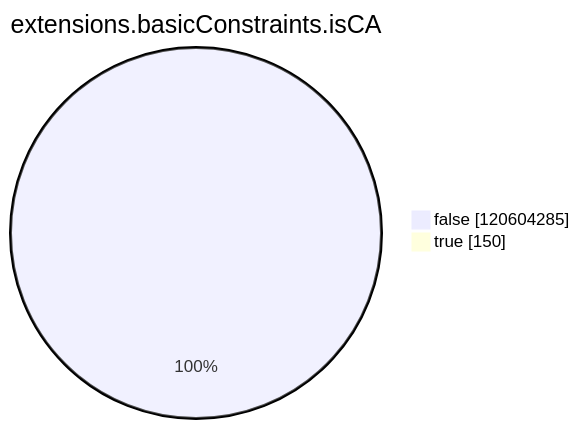
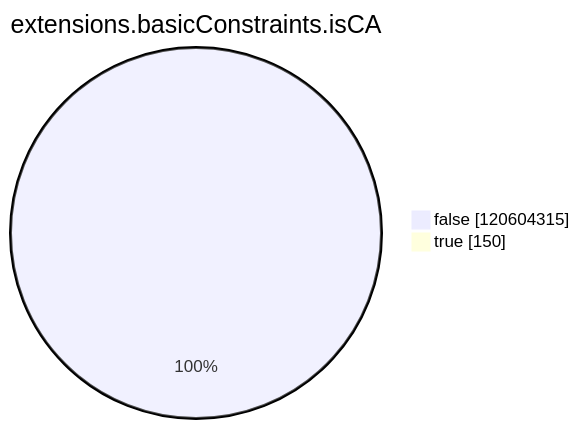
One commit to christiankrug/ctmonitor_visualization changed the seventh of 15 diagrams in xenon2023/README.md. Above: the diagram before and after it, drawn with Mermaid. The commit also changed other lines of this file, not shown here.

````diff
--- a/xenon2023/README.md
+++ b/xenon2023/README.md
@@ -2158,6 +2158,6 @@
 ```mermaid
 pie showData
 title extensions.basicConstraints.isCA
-"false" :120604285
+"false" :120604315
 "true" :150
 ```
````
